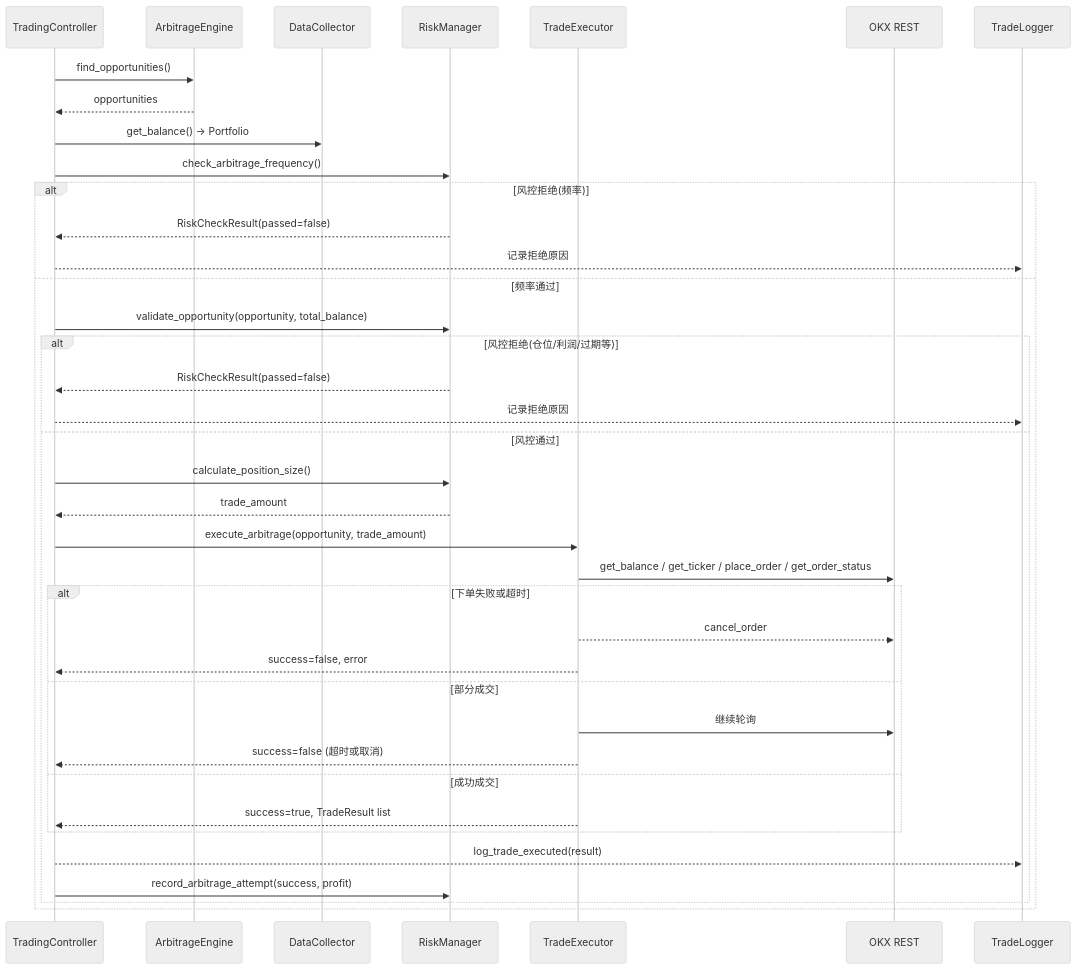
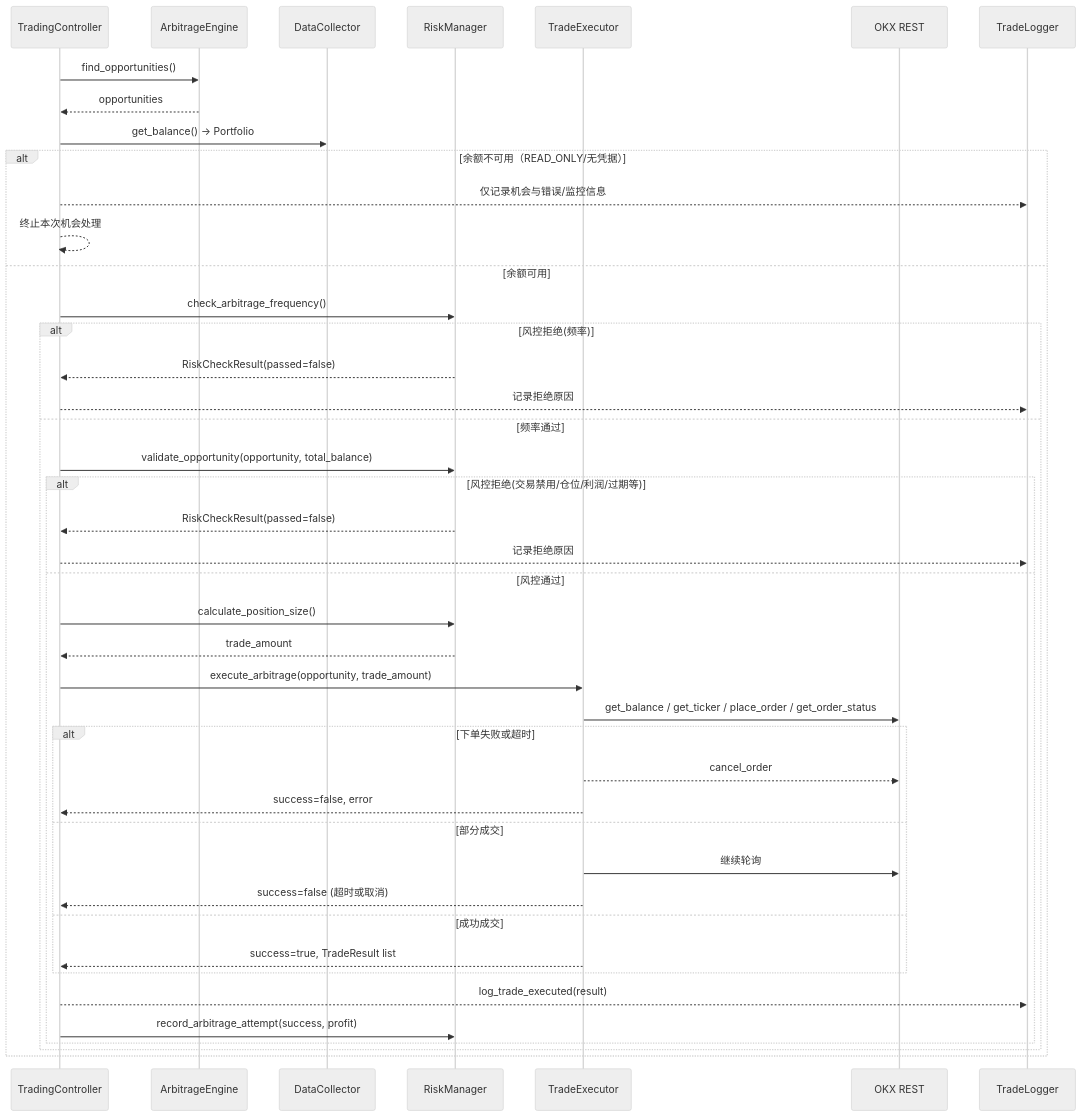
One commit to ZefanHu/triangular-arbitrage-bot changed the second of 3 diagrams in docs/flows.md. Above: the diagram before and after it, drawn with Mermaid (neutral theme). The commit also changed other lines of this file and 2 other files, not shown here.

Commit message:
Docs: sync read-only mode and trade executor notes

````diff
--- a/docs/flows.md
+++ b/docs/flows.md
@@ -44,41 +44,46 @@
 ```mermaid
 sequenceDiagram
     participant TC as TradingController
     participant AE as ArbitrageEngine
     participant DC as DataCollector
     participant RM as RiskManager
     participant TE as TradeExecutor
     participant OKX as OKX REST
     participant TL as TradeLogger
 
     TC->>AE: find_opportunities()
     AE-->>TC: opportunities
     TC->>DC: get_balance() -> Portfolio
-    TC->>RM: check_arbitrage_frequency()
-    alt 风控拒绝(频率)
-        RM-->>TC: RiskCheckResult(passed=false)
-        TC-->>TL: 记录拒绝原因
-    else 频率通过
-        TC->>RM: validate_opportunity(opportunity, total_balance)
-        alt 风控拒绝(仓位/利润/过期等)
+    alt 余额不可用（READ_ONLY/无凭据）
+        TC-->>TL: 仅记录机会与错误/监控信息
+        TC-->>TC: 终止本次机会处理
+    else 余额可用
+        TC->>RM: check_arbitrage_frequency()
+        alt 风控拒绝(频率)
             RM-->>TC: RiskCheckResult(passed=false)
             TC-->>TL: 记录拒绝原因
-        else 风控通过
-            TC->>RM: calculate_position_size()
-            RM-->>TC: trade_amount
-            TC->>TE: execute_arbitrage(opportunity, trade_amount)
-            TE->>OKX: get_balance / get_ticker / place_order / get_order_status
-            alt 下单失败或超时
-                TE-->>OKX: cancel_order
-                TE-->>TC: success=false, error
-            else 部分成交
-                TE->>OKX: 继续轮询
-                TE-->>TC: success=false (超时或取消)
-            else 成功成交
-                TE-->>TC: success=true, TradeResult list
+        else 频率通过
+            TC->>RM: validate_opportunity(opportunity, total_balance)
+            alt 风控拒绝(交易禁用/仓位/利润/过期等)
+                RM-->>TC: RiskCheckResult(passed=false)
+                TC-->>TL: 记录拒绝原因
+            else 风控通过
+                TC->>RM: calculate_position_size()
+                RM-->>TC: trade_amount
+                TC->>TE: execute_arbitrage(opportunity, trade_amount)
+                TE->>OKX: get_balance / get_ticker / place_order / get_order_status
+                alt 下单失败或超时
+                    TE-->>OKX: cancel_order
+                    TE-->>TC: success=false, error
+                else 部分成交
+                    TE->>OKX: 继续轮询
+                    TE-->>TC: success=false (超时或取消)
+                else 成功成交
+                    TE-->>TC: success=true, TradeResult list
+                end
+                TC-->>TL: log_trade_executed(result)
+                TC->>RM: record_arbitrage_attempt(success, profit)
             end
-            TC-->>TL: log_trade_executed(result)
-            TC->>RM: record_arbitrage_attempt(success, profit)
         end
     end
 ```
````
